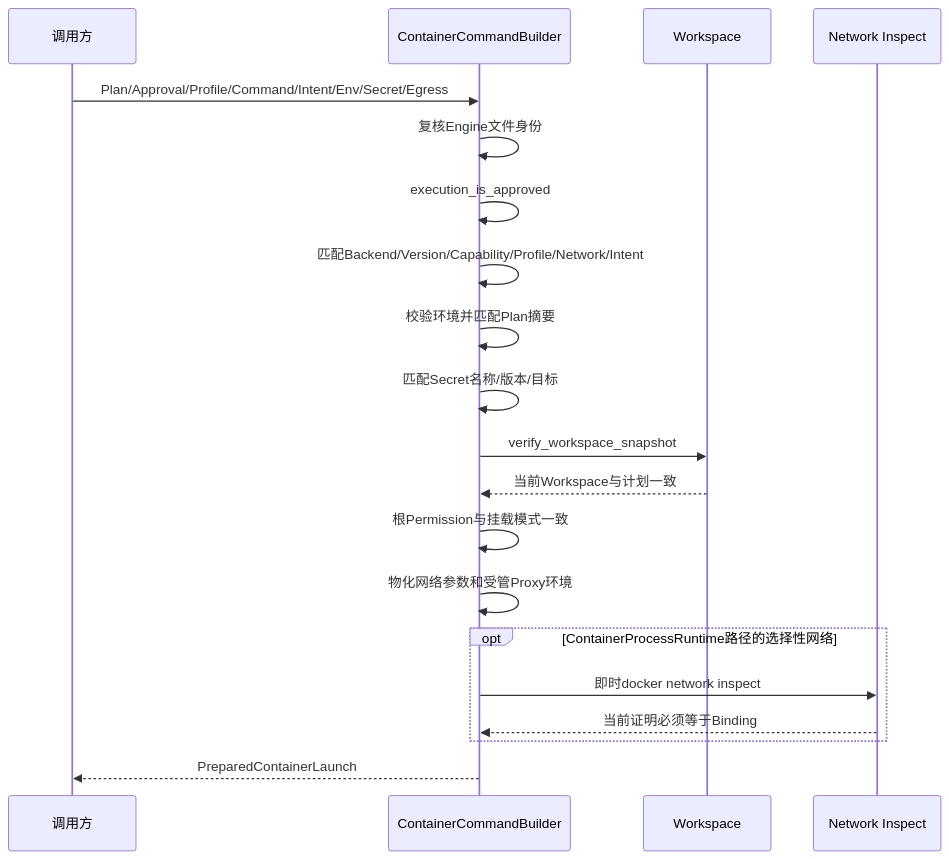
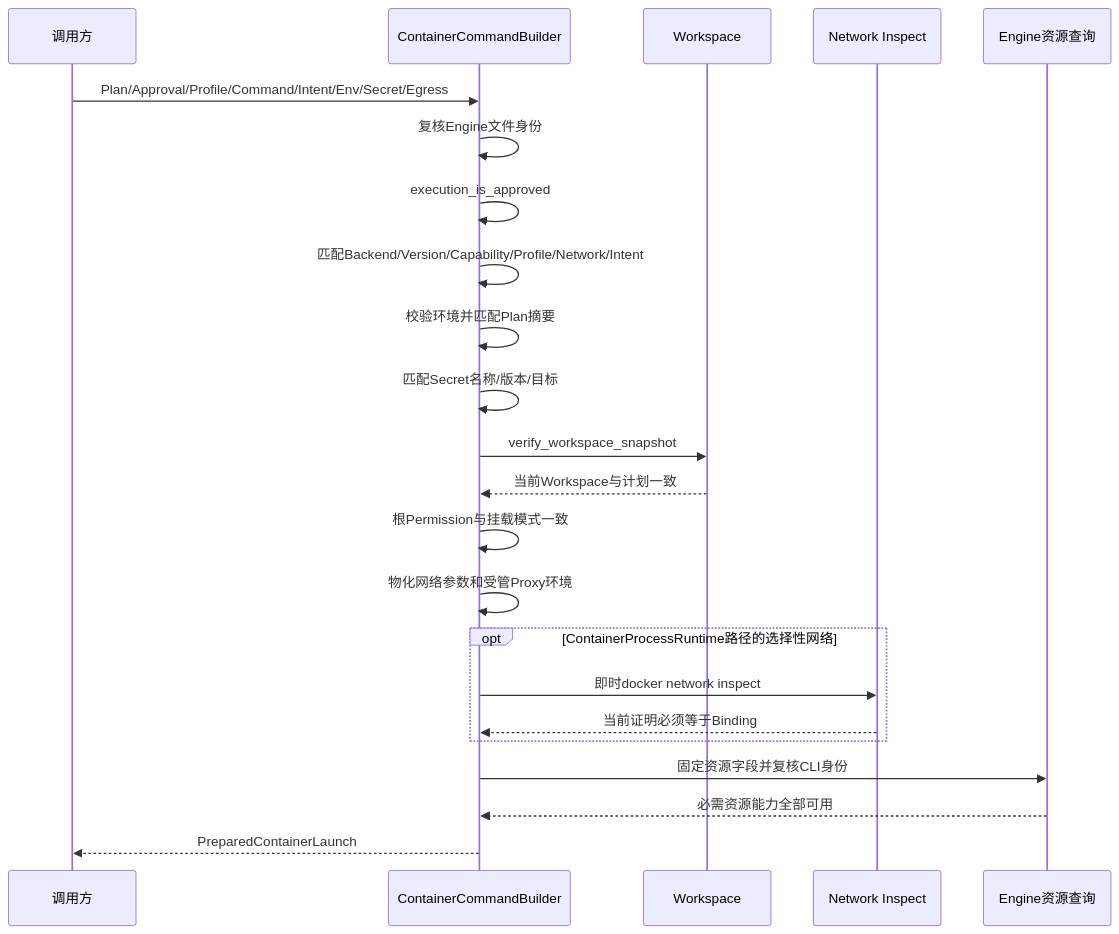
Before and after one commit to carrie1988/Harnessix: the eighth of 13 diagrams in docs/modules/sandbox.md, drawn with Mermaid. The commit also changed other lines of this file and 21 other files, not shown here.

````diff
--- a/docs/modules/sandbox.md
+++ b/docs/modules/sandbox.md
@@ -581,22 +588,25 @@
 ```mermaid
 sequenceDiagram
     participant C as 调用方
     participant B as ContainerCommandBuilder
     participant W as Workspace
     participant N as Network Inspect
+    participant E as Engine资源查询
     C->>B: Plan/Approval/Profile/Command/Intent/Env/Secret/Egress
     B->>B: 复核Engine文件身份
     B->>B: execution_is_approved
     B->>B: 匹配Backend/Version/Capability/Profile/Network/Intent
     B->>B: 校验环境并匹配Plan摘要
     B->>B: 匹配Secret名称/版本/目标
     B->>W: verify_workspace_snapshot
     W-->>B: 当前Workspace与计划一致
     B->>B: 根Permission与挂载模式一致
     B->>B: 物化网络参数和受管Proxy环境
     opt ContainerProcessRuntime路径的选择性网络
         B->>N: 即时docker network inspect
         N-->>B: 当前证明必须等于Binding
     end
+    B->>E: 固定资源字段并复核CLI身份
+    E-->>B: 必需资源能力全部可用
     B-->>C: PreparedContainerLaunch
 ```
````
